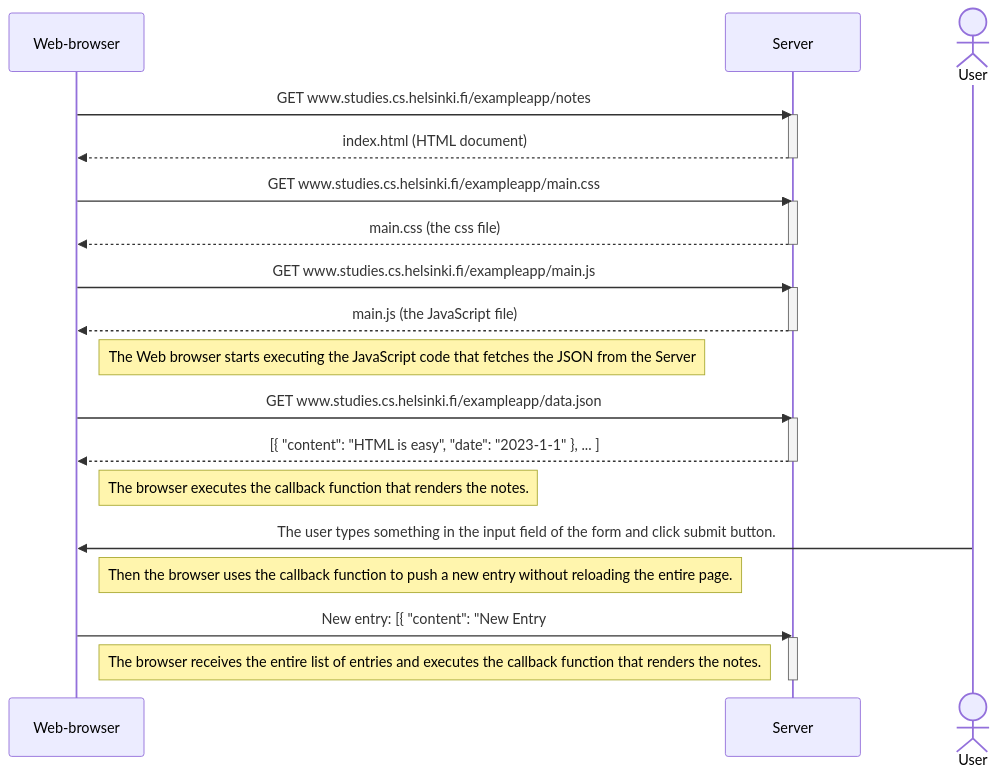
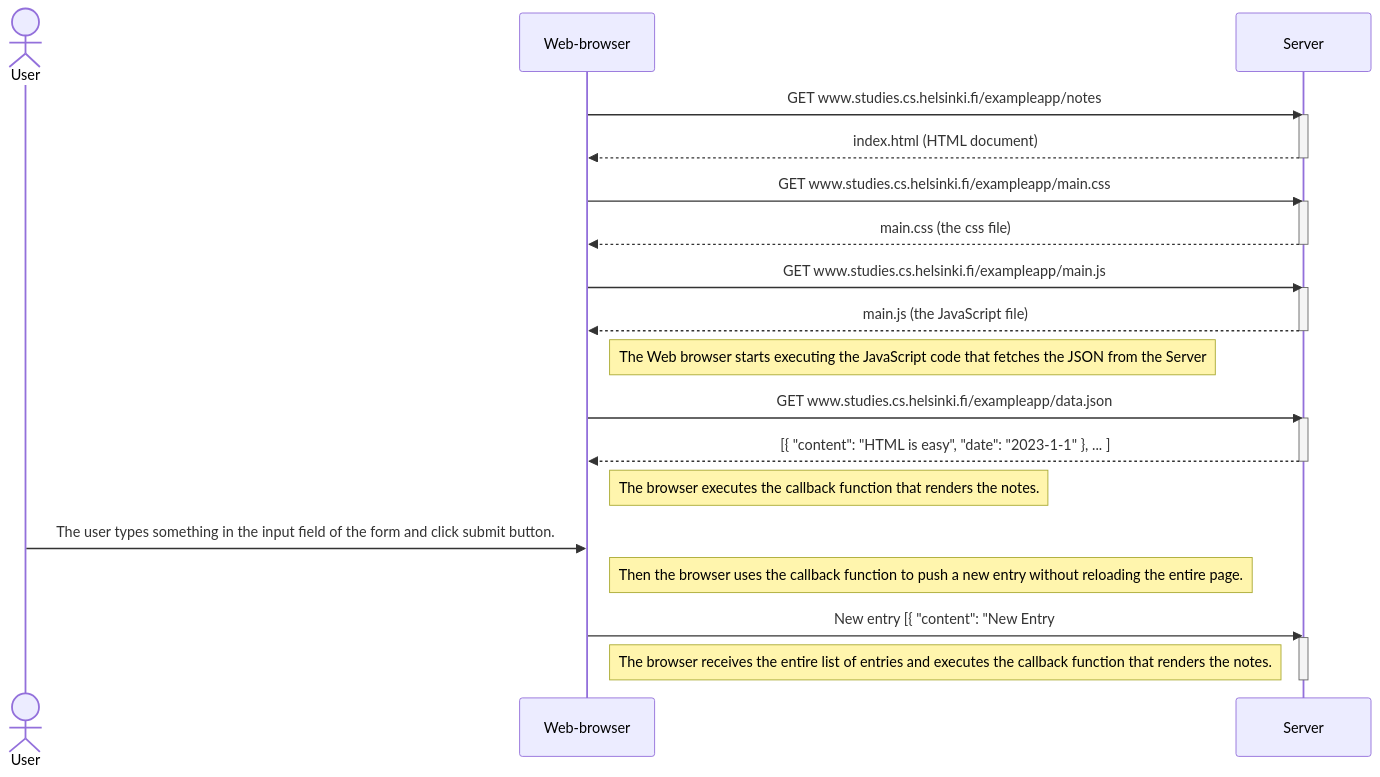
One commit to lonchanick/fullstackopen changed the diagram in Part0/0.4.MD. Above: the diagram before and after it, drawn with Mermaid.

````diff
--- a/Part0/0.4.MD
+++ b/Part0/0.4.MD
@@ -1,42 +1,42 @@
 ```mermaid
 sequenceDiagram
+actor User
 participant Web-browser
 participant Server
-actor User
 
 Web-browser->>Server: GET www.studies.cs.helsinki.fi/exampleapp/notes
 activate Server
 Server-->>Web-browser: index.html (HTML document)
 deactivate Server
 
 Web-browser->>Server: GET www.studies.cs.helsinki.fi/exampleapp/main.css
 activate Server
 Server-->>Web-browser: main.css (the css file)
 deactivate Server
 
 Web-browser->>Server: GET www.studies.cs.helsinki.fi/exampleapp/main.js
 activate Server
 Server-->>Web-browser: main.js (the JavaScript file)
 deactivate Server
 
 Note right of Web-browser: The Web browser starts executing the JavaScript code that fetches the JSON from the Server
 
 Web-browser->>Server: GET www.studies.cs.helsinki.fi/exampleapp/data.json
 activate Server
 Server-->>Web-browser: [{ "content": "HTML is easy", "date": "2023-1-1" }, ... ]
 deactivate Server
 
 Note right of Web-browser: The browser executes the callback function that renders the notes.
 
 
 User->>Web-browser: The user types something in the input field of the form and click submit button.
 activate User
 
 Note right of Web-browser: Then the browser uses the callback function to push a new entry without reloading the entire page.
 
-Web-browser->>Server: New entry: [{ "content": "New Entry#2", "date": "2025-06-12" }, ... ]
+Web-browser->>Server: New entry [{ "content": "New Entry#2", "date": "2025-06-12" }, ... ]
 activate Server
 
 Note right of Web-browser: The browser receives the entire list of entries and executes the callback function that renders the notes.
 deactivate Server
 ```
````
